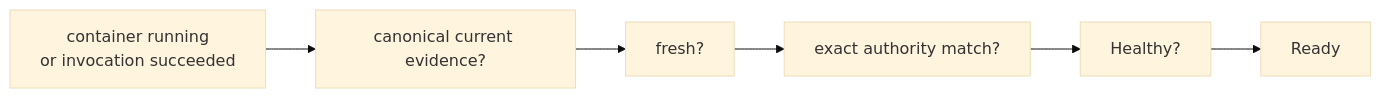
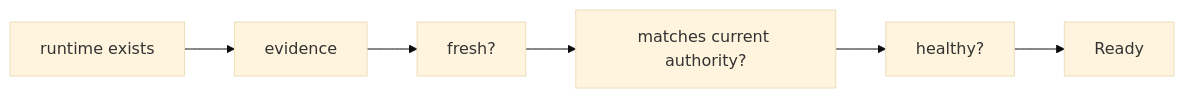
The fifth of 5 diagrams in docs/tutorials/runtime-realization.md (dnredson/datum-docs), drawn with Mermaid (base theme) before and after one commit. The commit also changed other lines of this file and 10 other files, not shown here.

````diff
--- a/docs/tutorials/runtime-realization.md
+++ b/docs/tutorials/runtime-realization.md
@@ -171,8 +206,8 @@
 ```mermaid
 flowchart LR
-    RUN["container running\nor invocation succeeded"] --> OBS["canonical current evidence?"]
-    OBS --> FRESH["fresh?"]
-    FRESH --> CORR["exact authority match?"]
-    CORR --> HEALTH["Healthy?"]
-    HEALTH --> READY["Ready"]
+    RUN["runtime exists"] --> E["evidence"]
+    E --> F["fresh?"]
+    F --> C["matches current authority?"]
+    C --> H["healthy?"]
+    H --> R["Ready"]
 ```
````
